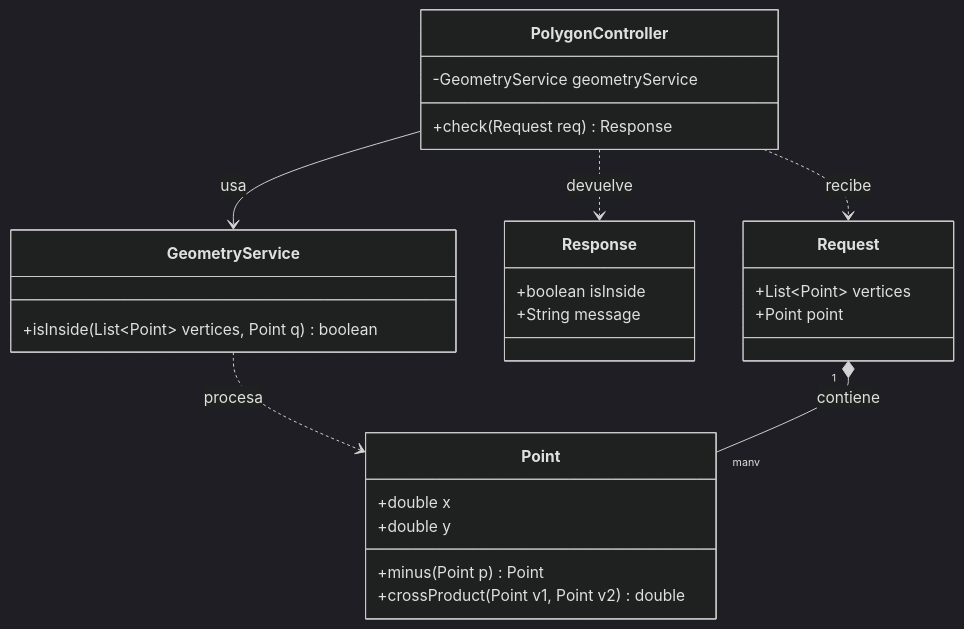
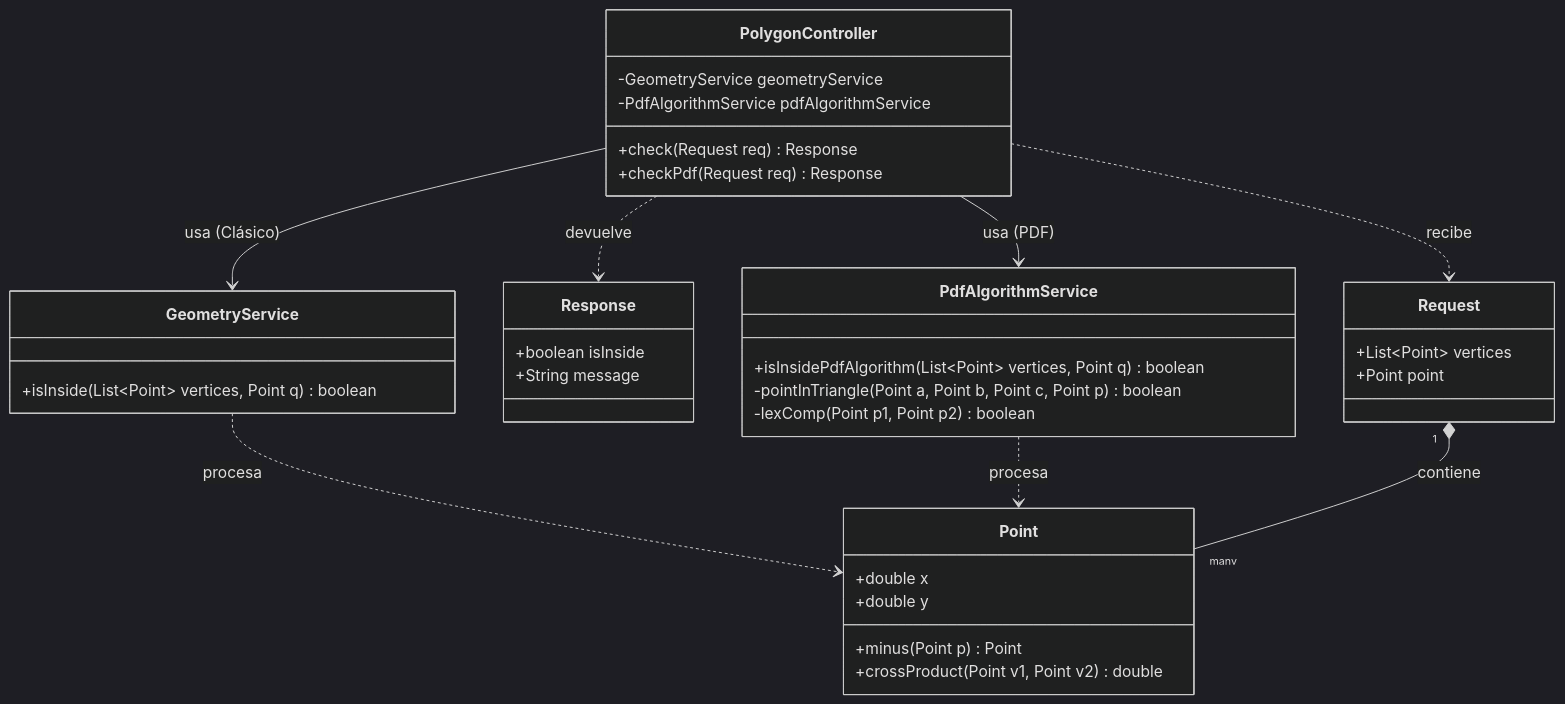
Before and after one commit to ortiz117/convex-polygon-search-ologn: the first of 3 diagrams in UML.md, drawn with Mermaid (dark theme). The commit also changed other lines of this file and 3 other files, not shown here.

````diff
--- a/UML.md
+++ b/UML.md
@@ -3,30 +3,39 @@
 ```mermaid
 classDiagram
     class Point {
         +double x
         +double y
         +minus(Point p) Point
         +crossProduct(Point v1, Point v2) double
     }
     class Request {
         +List~Point~ vertices
         +Point point
     }
     class Response {
         +boolean isInside
         +String message
     }
     class GeometryService {
         +isInside(List~Point~ vertices, Point q) boolean
     }
+    class PdfAlgorithmService {
+        +isInsidePdfAlgorithm(List~Point~ vertices, Point q) boolean
+        -pointInTriangle(Point a, Point b, Point c, Point p) boolean
+        -lexComp(Point p1, Point p2) boolean
+    }
     class PolygonController {
         -GeometryService geometryService
+        -PdfAlgorithmService pdfAlgorithmService
         +check(Request req) Response
+        +checkPdf(Request req) Response
     }
 
-    PolygonController --> GeometryService : usa
+    PolygonController --> GeometryService : usa (Clásico)
+    PolygonController --> PdfAlgorithmService : usa (PDF)
     PolygonController ..> Request : recibe
     PolygonController ..> Response : devuelve
     GeometryService ..> Point : procesa
+    PdfAlgorithmService ..> Point : procesa
     Request "1" *-- "many" Point : contiene
 ```
````
